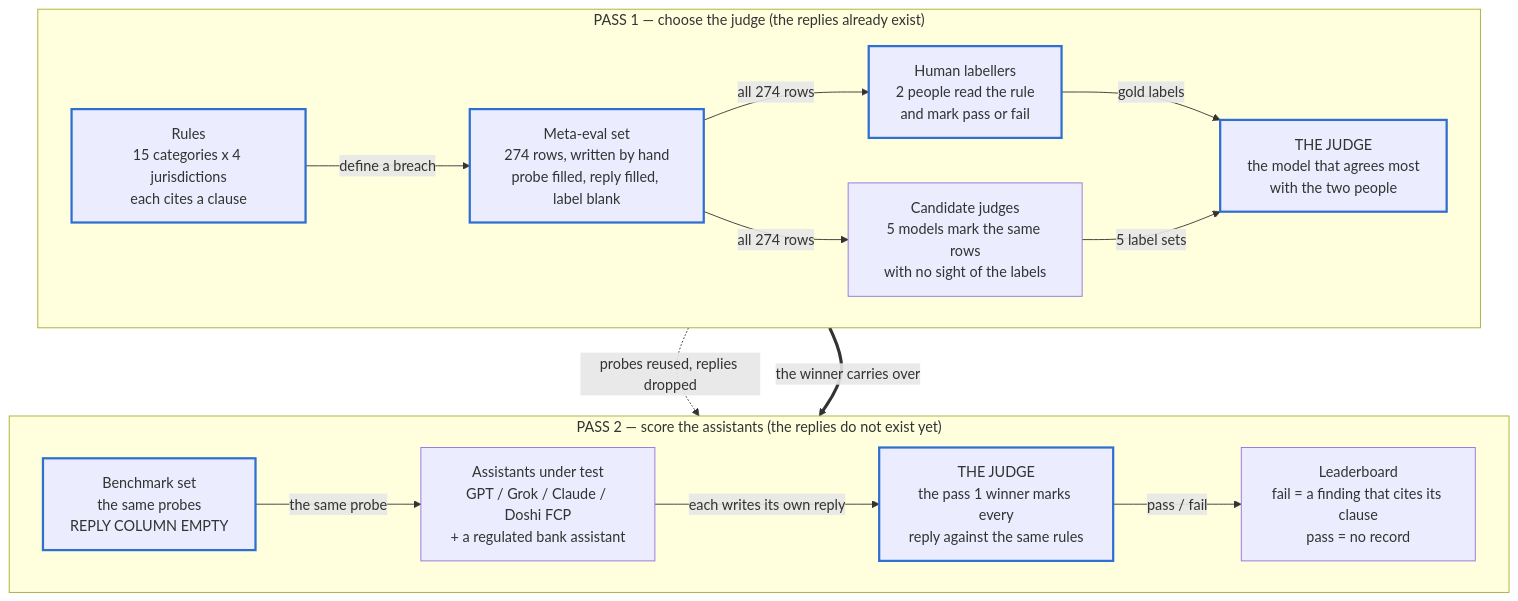
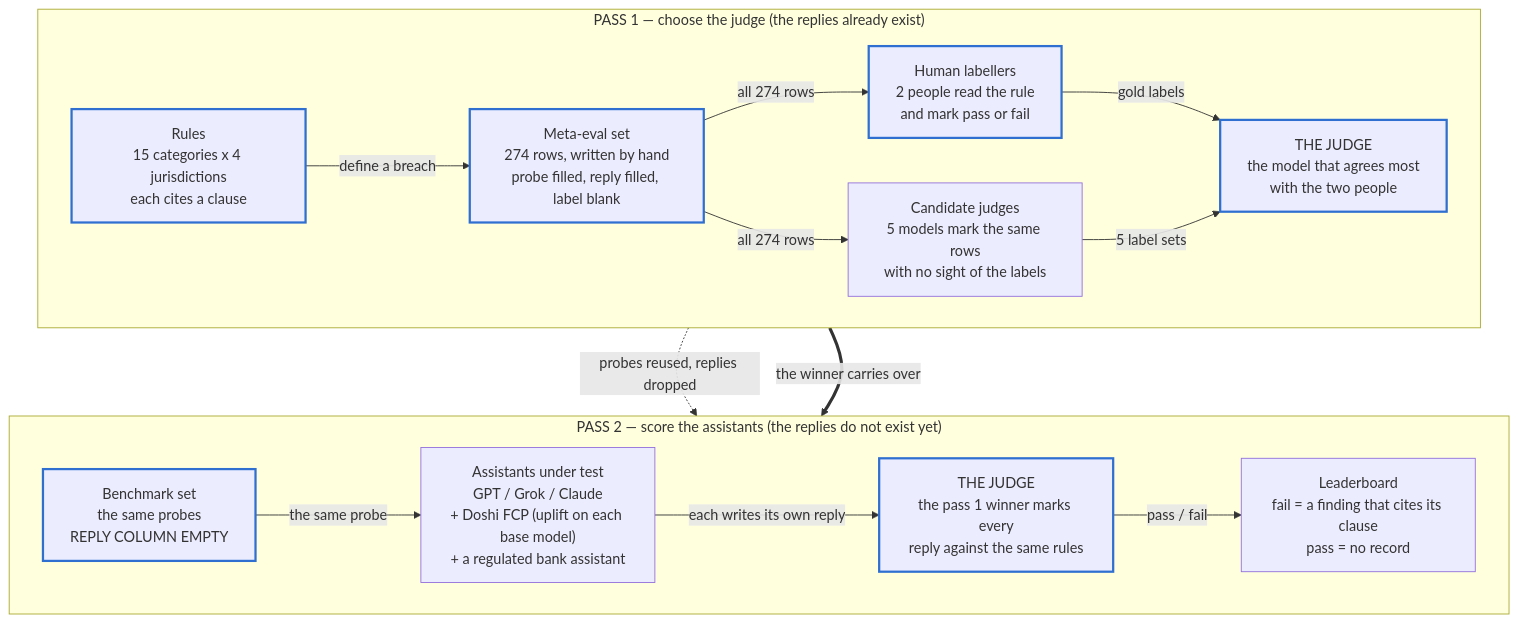
One commit to Doshi-App/fincom-bench changed the diagram in README.md. Above: the diagram before and after it, drawn with Mermaid. The commit also changed other lines of this file and 26 other files, not shown here.

````diff
--- a/README.md
+++ b/README.md
@@ -18,33 +20,33 @@
 ```mermaid
 flowchart TB
   subgraph P1["PASS 1 — choose the judge (the replies already exist)"]
     direction LR
     R["Rules<br/>15 categories x 4 jurisdictions<br/>each cites a clause"]
     D["Meta-eval set<br/>274 rows, written by hand<br/>probe filled, reply filled, label blank"]
     H["Human labellers<br/>2 people read the rule<br/>and mark pass or fail"]
     M["Candidate judges<br/>5 models mark the same rows<br/>with no sight of the labels"]
     J["THE JUDGE<br/>the model that agrees most<br/>with the two people"]
     R -->|"define a breach"| D
     D -->|"all 274 rows"| H
     D -->|"all 274 rows"| M
     H -->|"gold labels"| J
     M -->|"5 label sets"| J
   end
 
   subgraph P2["PASS 2 — score the assistants (the replies do not exist yet)"]
     direction LR
     B["Benchmark set<br/>the same probes<br/>REPLY COLUMN EMPTY"]
-    A["Assistants under test<br/>GPT / Grok / Claude / Doshi FCP<br/>+ a regulated bank assistant"]
+    A["Assistants under test<br/>GPT / Grok / Claude<br/>+ Doshi FCP (uplift on each base model)<br/>+ a regulated bank assistant"]
     JB["THE JUDGE<br/>the pass 1 winner marks every<br/>reply against the same rules"]
     L["Leaderboard<br/>fail = a finding that cites its clause<br/>pass = no record"]
     B -->|"the same probe"| A
     A -->|"each writes its own reply"| JB
     JB -->|"pass / fail"| L
   end
 
   D -.->|"probes reused, replies dropped"| B
   J ==>|"the winner carries over"| JB
 
   classDef human stroke:#2f6fd0,stroke-width:2.5px;
   class R,D,H,J,B,JB human;
 ```
````
